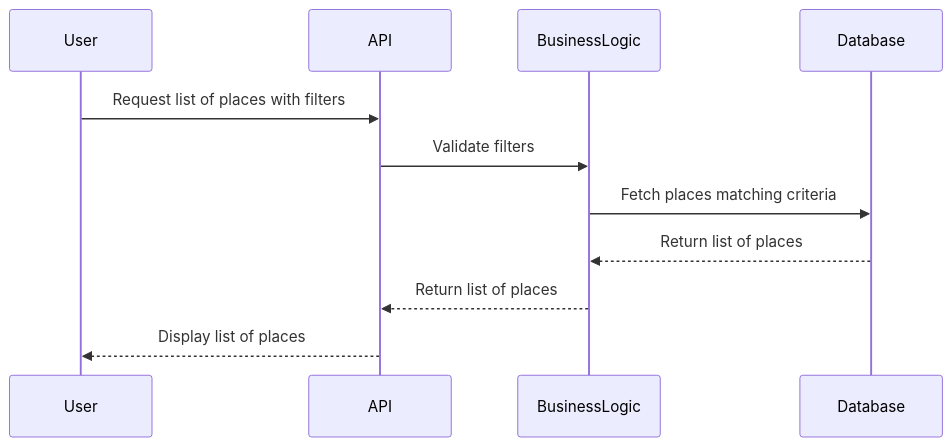
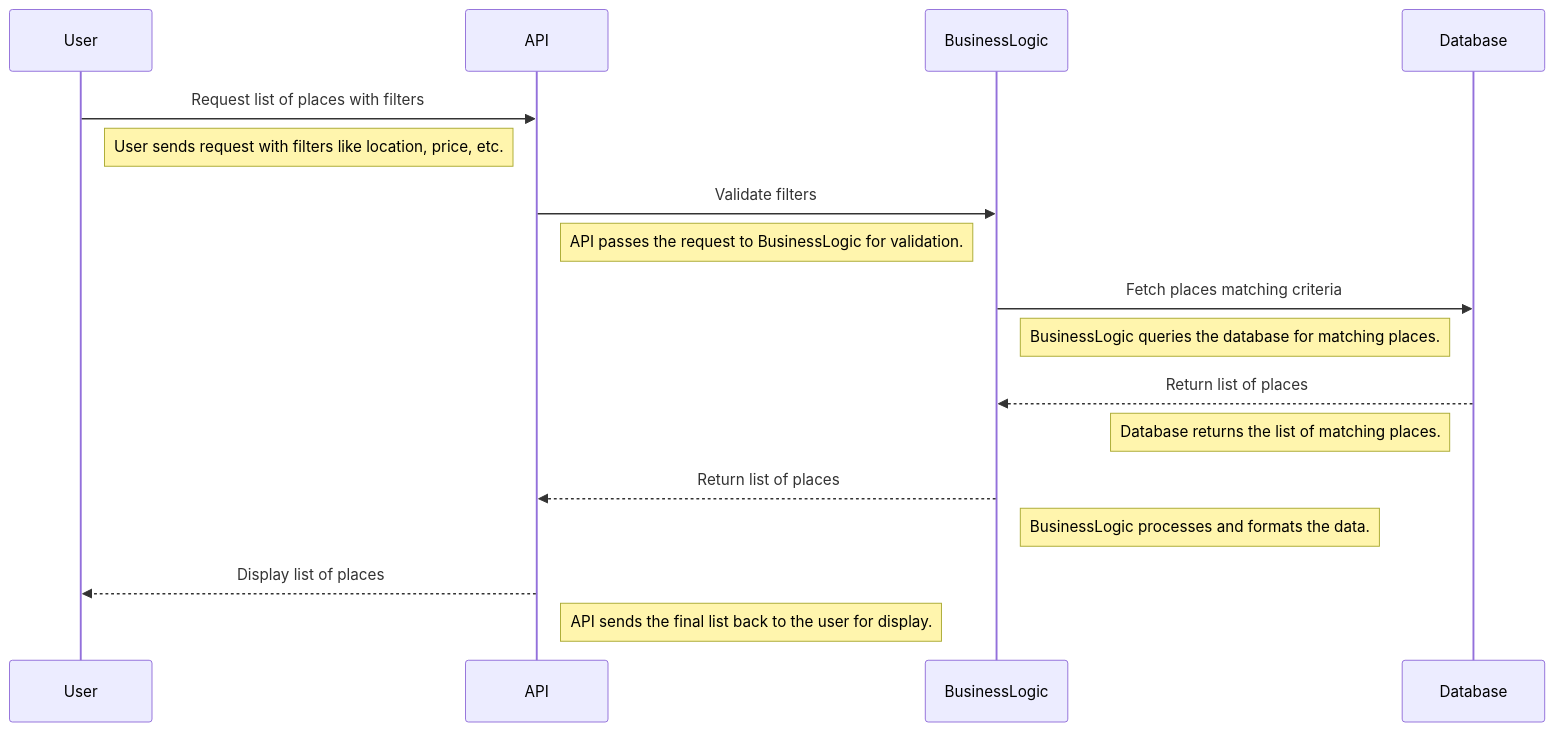
The diagram in 2.listReview.md (Basco64/HBNB_UML), drawn with Mermaid before and after one commit.

````diff
--- a/2.listReview.md
+++ b/2.listReview.md
@@ -1,14 +1,25 @@
 ```mermaid
 sequenceDiagram
     participant User
     participant API
     participant BusinessLogic
     participant Database
 
     User->>API: Request list of places with filters
+    note right of User: User sends request with filters like location, price, etc.
+    
     API->>BusinessLogic: Validate filters
+    note right of API: API passes the request to BusinessLogic for validation.
+    
     BusinessLogic->>Database: Fetch places matching criteria
+    note right of BusinessLogic: BusinessLogic queries the database for matching places.
+    
     Database-->>BusinessLogic: Return list of places
+    note left of Database: Database returns the list of matching places.
+    
     BusinessLogic-->>API: Return list of places
+    note right of BusinessLogic: BusinessLogic processes and formats the data.
+    
     API-->>User: Display list of places
+    note right of API: API sends the final list back to the user for display.
 ```
````
